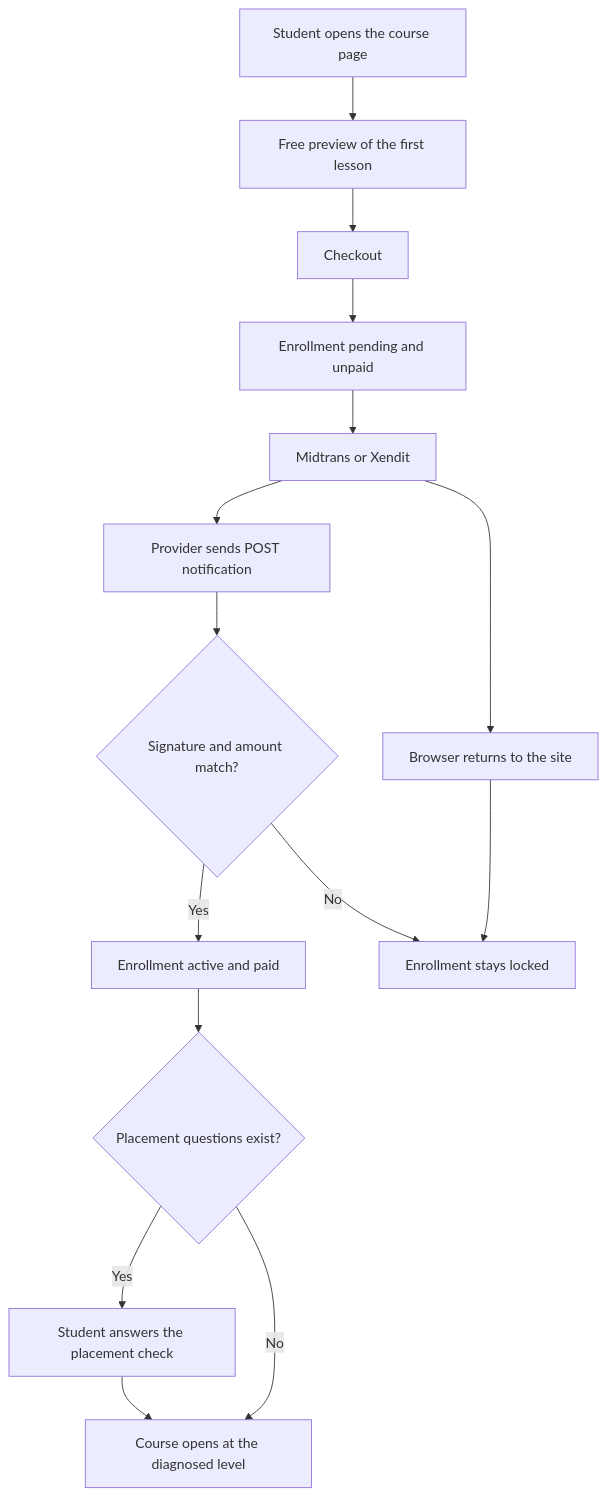
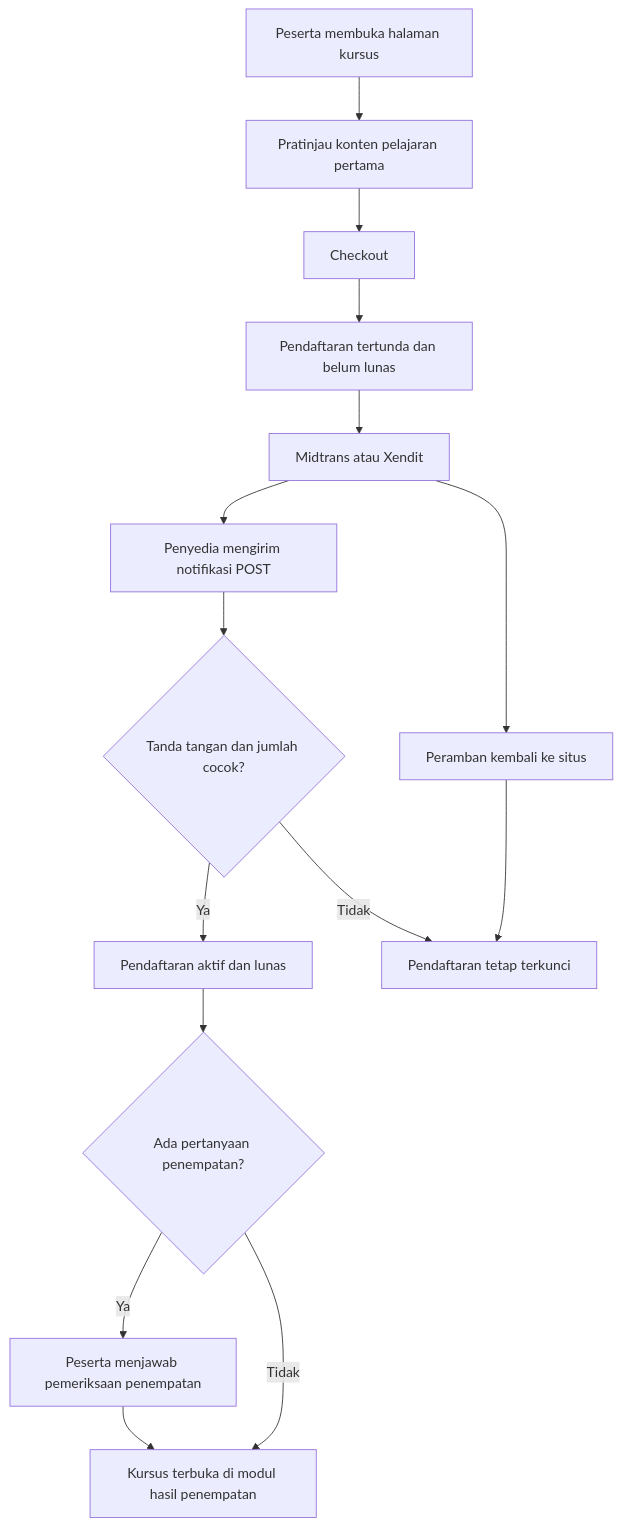
One commit to bionte4/auralogic changed the third of 6 diagrams in docs/process-flow.md. Above: the diagram before and after it, drawn with Mermaid. The commit also changed other lines of this file and 4 other files, not shown here.

````diff
--- a/docs/process-flow.md
+++ b/docs/process-flow.md
@@ -42,17 +48,17 @@
 ```mermaid
 flowchart TD
-  browse[Student opens the course page] --> preview[Free preview of the first lesson]
+  browse[Peserta membuka halaman kursus] --> preview[Pratinjau konten pelajaran pertama]
   preview --> checkout[Checkout]
-  checkout --> pending[Enrollment pending and unpaid]
-  pending --> gateway[Midtrans or Xendit]
-  gateway --> notify[Provider sends POST notification]
-  notify --> check{Signature and amount match?}
-  check -->|Yes| active[Enrollment active and paid]
-  check -->|No| stay[Enrollment stays locked]
-  gateway --> browser[Browser returns to the site]
+  checkout --> pending[Pendaftaran tertunda dan belum lunas]
+  pending --> gateway[Midtrans atau Xendit]
+  gateway --> notify[Penyedia mengirim notifikasi POST]
+  notify --> check{Tanda tangan dan jumlah cocok?}
+  check -->|Ya| active[Pendaftaran aktif dan lunas]
+  check -->|Tidak| stay[Pendaftaran tetap terkunci]
+  gateway --> browser[Peramban kembali ke situs]
   browser --> stay
-  active --> diagnose{Placement questions exist?}
-  diagnose -->|Yes| placed[Student answers the placement check]
-  placed --> learn[Course opens at the diagnosed level]
-  diagnose -->|No| learn
+  active --> diagnose{Ada pertanyaan penempatan?}
+  diagnose -->|Ya| placed[Peserta menjawab pemeriksaan penempatan]
+  placed --> learn[Kursus terbuka di modul hasil penempatan]
+  diagnose -->|Tidak| learn
 ```
````
